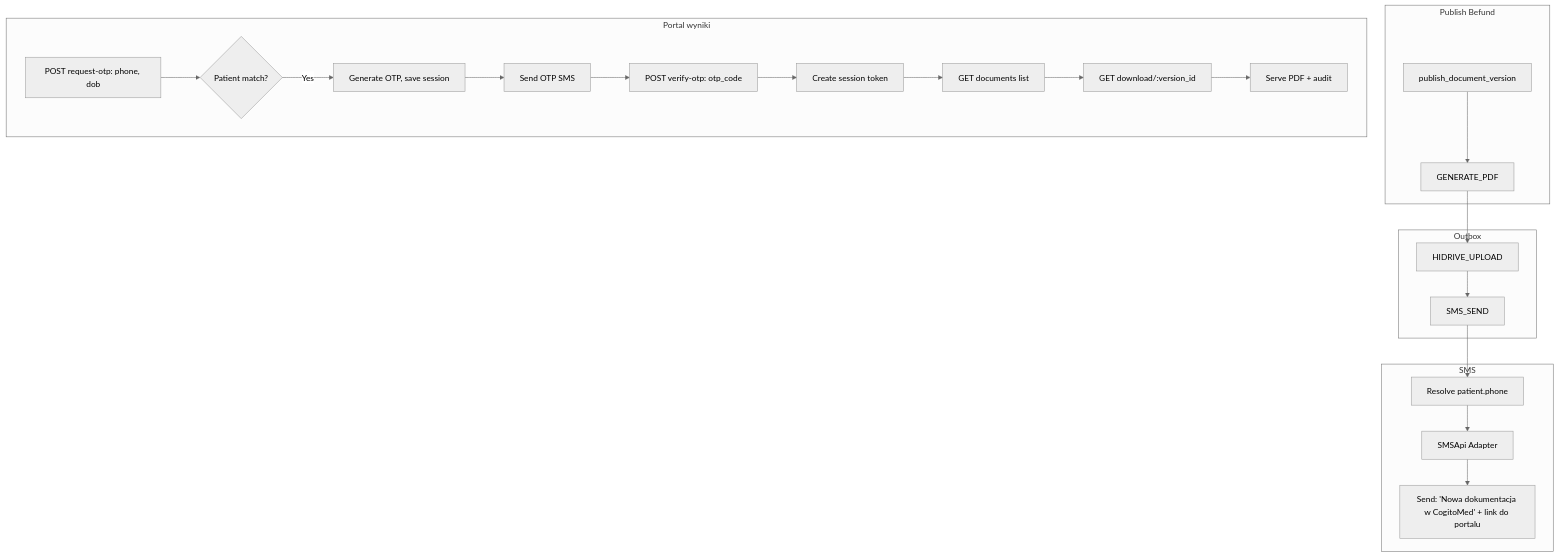
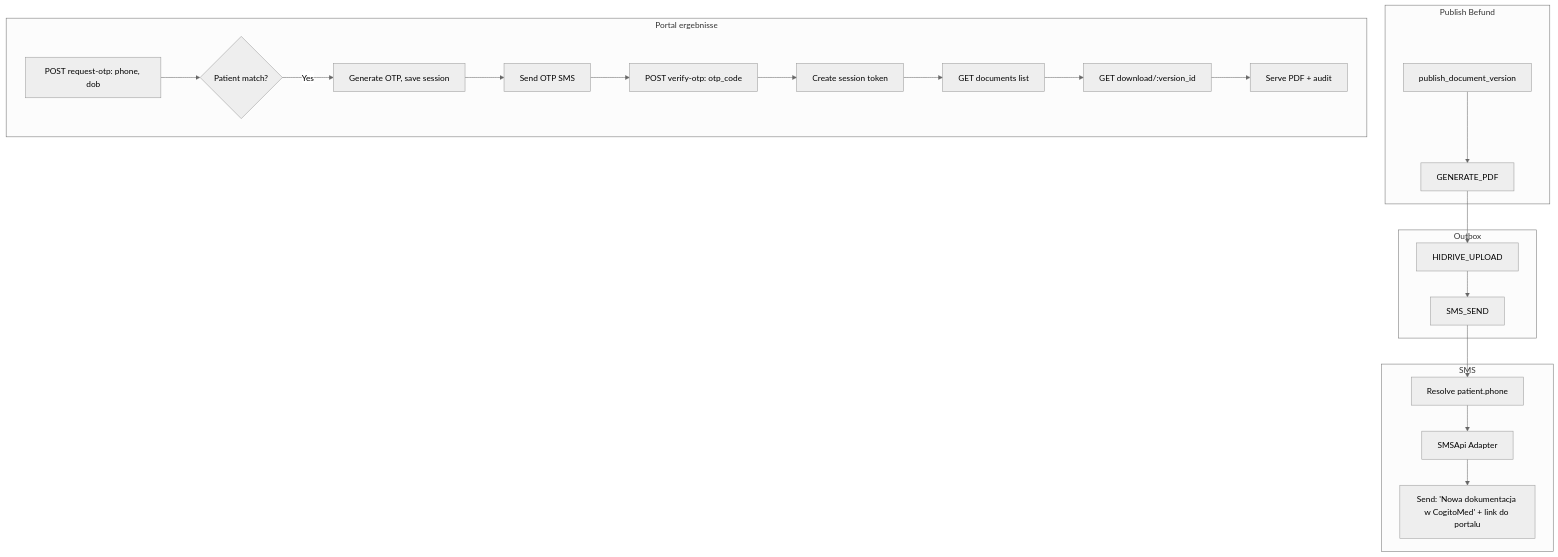
One commit to piotrpopiolek/cogitomedic changed the diagram in .cursor/plans/portal_wyniki_4-etapowy.plan.md. Above: the diagram before and after it, drawn with Mermaid (neutral theme). The commit also changed other lines of this file and 10 other files, not shown here.

First line of the commit message:
Refactor patient results portal to 'ergebnisse' and update configurations

````diff
--- a/.cursor/plans/portal_wyniki_4-etapowy.plan.md
+++ b/.cursor/plans/portal_wyniki_4-etapowy.plan.md
@@ -38,30 +38,30 @@
 ```mermaid
 flowchart TB
     subgraph publish [Publish Befund]
         Publish[publish_document_version]
         Publish --> Outbox
     end
     subgraph outbox [Outbox]
         Outbox[GENERATE_PDF]
         Outbox --> HIDRIVE
         HIDRIVE[HIDRIVE_UPLOAD]
         HIDRIVE --> SMS
         SMS[SMS_SEND]
     end
     subgraph sms [SMS]
         SMS --> Resolve[Resolve patient.phone]
         Resolve --> Adapter[SMSApi Adapter]
         Adapter --> Send["Send: 'Nowa dokumentacja w CogitoMed' + link do portalu"]
     end
-    subgraph portal [Portal wyniki]
+    subgraph portal [Portal ergebnisse]
         Login[POST request-otp: phone, dob]
         Login --> Match{Patient match?}
         Match -->|Yes| GenOTP[Generate OTP, save session]
         GenOTP --> SendOTP[Send OTP SMS]
         SendOTP --> Verify[POST verify-otp: otp_code]
         Verify --> Session[Create session token]
         Session --> List[GET documents list]
         List --> Download[GET download/:version_id]
         Download --> PDF[Serve PDF + audit]
     end
 ```
````
